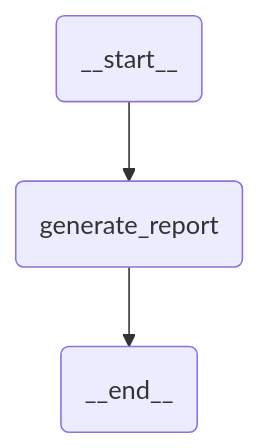
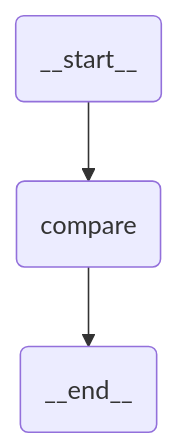
Before and after one commit to kartiksiva/DocumentValidation-Uipath: the diagram in ContractComparisonSolution/comparator/agent.mermaid, drawn with Mermaid. The commit also changed 16 other files, not shown here.

First line of the commit message:
feat(PB-T2): shared Pydantic schemas + agent I/O types wired

```diff
--- a/ContractComparisonSolution/comparator/agent.mermaid
+++ b/ContractComparisonSolution/comparator/agent.mermaid
@@ -1,8 +1,8 @@
 %% AUTO-GENERATED by `uipath init`. Do not edit manually.
 %% Regenerated on every `uipath init`.
 flowchart TB
   __start__(__start__)
-  generate_report(generate_report)
+  compare(compare)
   __end__(__end__)
-  __start__ --> generate_report
-  generate_report --> __end__
+  __start__ --> compare
+  compare --> __end__
```
